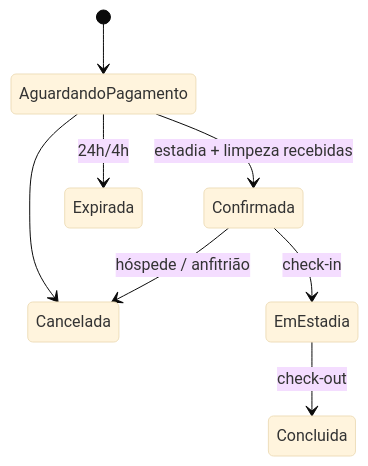
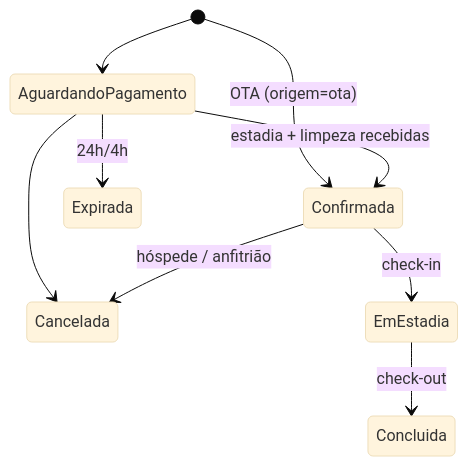
Before and after one commit to rieiro/casalivre: the second of 4 diagrams in docs/produto/specs/spec-00-indice-contrato-comum.md, drawn with Mermaid (base theme). The commit also changed other lines of this file and 6 other files, not shown here.

````diff
--- a/docs/produto/specs/spec-00-indice-contrato-comum.md
+++ b/docs/produto/specs/spec-00-indice-contrato-comum.md
@@ -62,10 +63,11 @@
 ```mermaid
 stateDiagram-v2
   [*] --> AguardandoPagamento
+  [*] --> Confirmada: OTA (origem=ota)
   AguardandoPagamento --> Confirmada: estadia + limpeza recebidas
   AguardandoPagamento --> Expirada: 24h/4h
   AguardandoPagamento --> Cancelada
   Confirmada --> EmEstadia: check-in
   Confirmada --> Cancelada: hóspede / anfitrião
   EmEstadia --> Concluida: check-out
 ```
````
